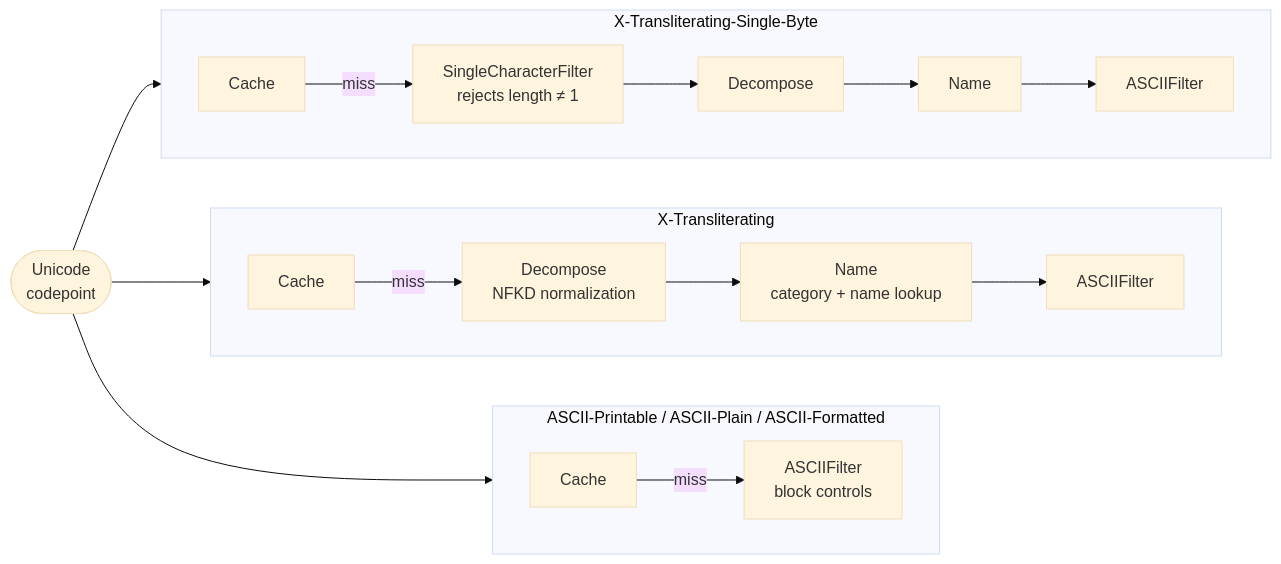
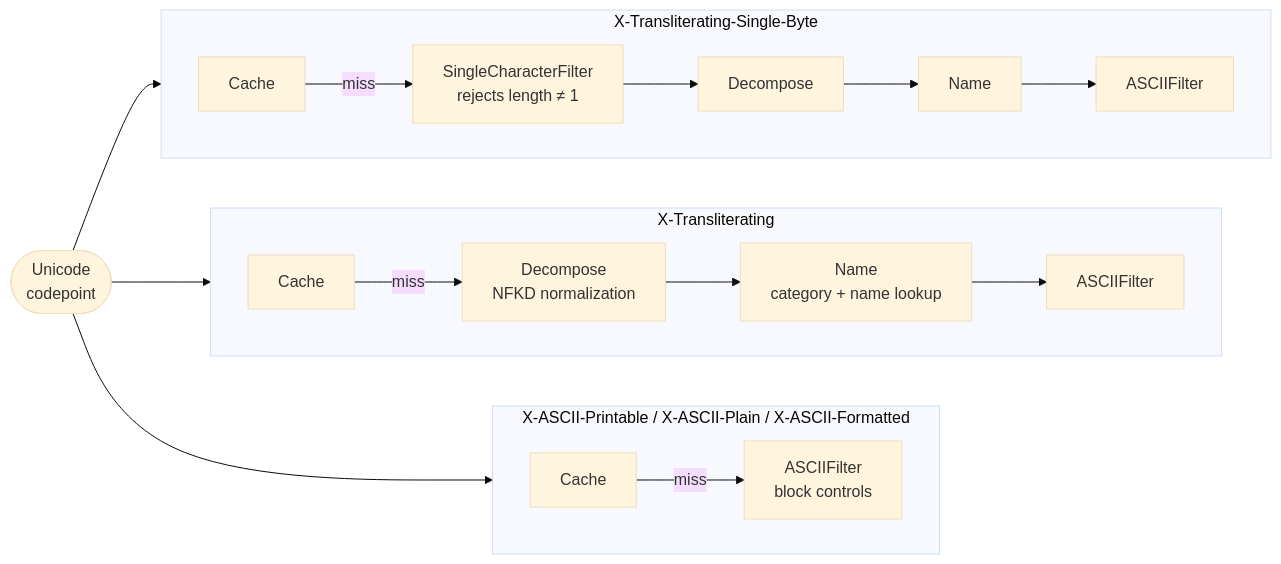
One commit to bhanafee/ASCIISafeCharsets changed the second of 3 diagrams in README.md. Above: the diagram before and after it, drawn with Mermaid (base theme). The commit also changed other lines of this file and 3 other files, not shown here.

````diff
--- a/README.md
+++ b/README.md
@@ -107,34 +107,34 @@
 ```mermaid
 flowchart LR
     Input(["Unicode\ncodepoint"])
 
-    subgraph AP ["ASCII-Printable / ASCII-Plain / ASCII-Formatted"]
+    subgraph AP ["X-ASCII-Printable / X-ASCII-Plain / X-ASCII-Formatted"]
         direction LR
         CA["Cache"]
         FA["ASCIIFilter\nblock controls"]
         CA -->|miss| FA
     end
 
     subgraph XLIT ["X-Transliterating"]
         direction LR
         CX["Cache"]
         DX["Decompose\nNFKD normalization"]
         NX["Name\ncategory + name lookup"]
         FX["ASCIIFilter"]
         CX -->|miss| DX --> NX --> FX
     end
 
     subgraph XLITSB ["X-Transliterating-Single-Byte"]
         direction LR
         CS["Cache"]
         SS["SingleCharacterFilter\nrejects length ≠ 1"]
         DS["Decompose"]
         NS["Name"]
         FS["ASCIIFilter"]
         CS -->|miss| SS --> DS --> NS --> FS
     end
 
     Input --> CA
     Input --> CX
     Input --> CS
 ```
````
